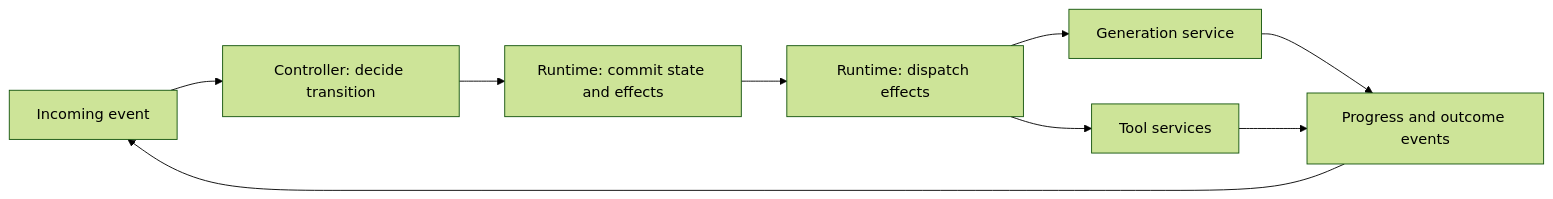
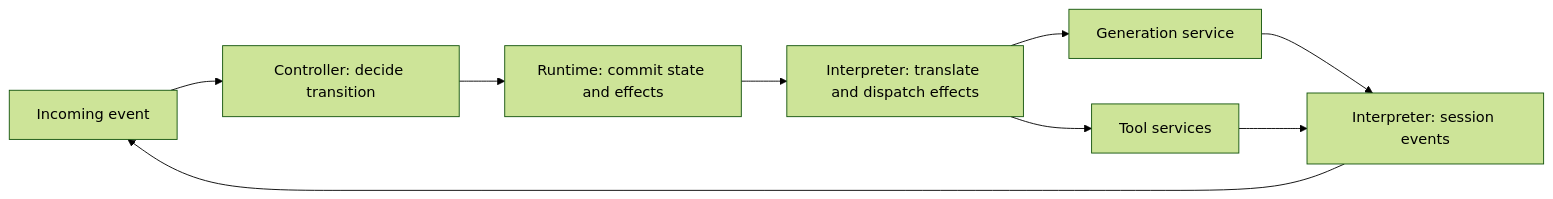
Before and after one commit to tsnl/myco: the second of 3 diagrams in DESIGN.md, drawn with Mermaid (forest theme). The commit also changed other lines of this file, not shown here.

Commit message:
Decouple session language from generation services

````diff
--- a/DESIGN.md
+++ b/DESIGN.md
@@ -69,11 +71,11 @@
 ```mermaid
 flowchart LR
     event[Incoming event] --> controller[Controller: decide transition]
     controller --> commit[Runtime: commit state and effects]
-    commit --> dispatch[Runtime: dispatch effects]
+    commit --> dispatch[Interpreter: translate and dispatch effects]
     dispatch --> generation[Generation service]
     dispatch --> tools[Tool services]
-    generation --> outcome[Progress and outcome events]
+    generation --> outcome[Interpreter: session events]
     tools --> outcome
     outcome --> event
 ```
````
